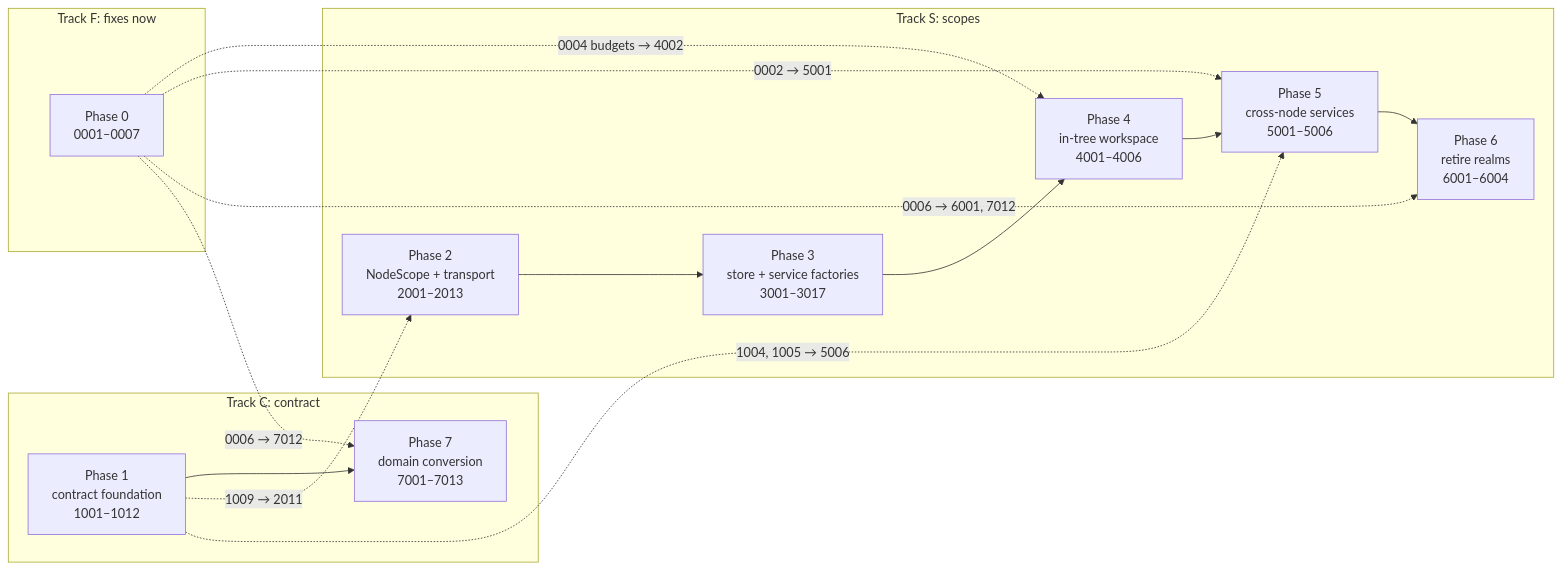
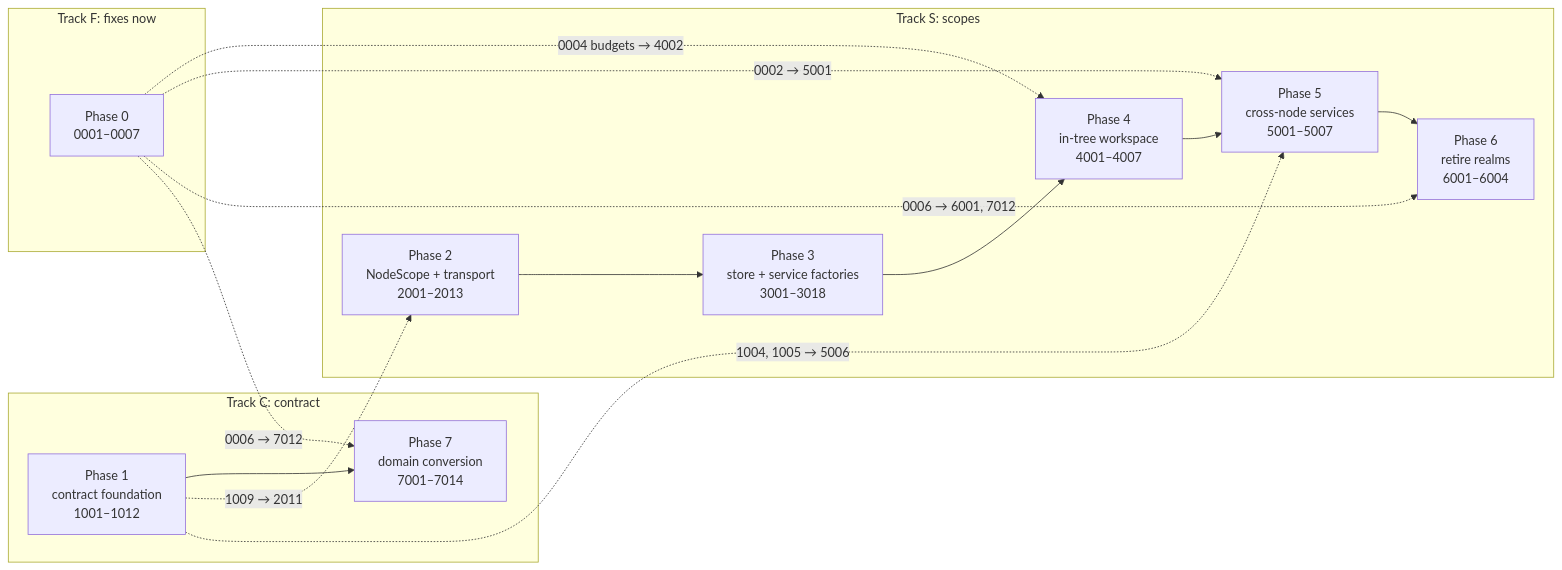
One commit to orkestrator-ai/orkestrator-v2 changed the first of 2 diagrams in plans/unified/0000-index.md. Above: the diagram before and after it, drawn with Mermaid. The commit also changed other lines of this file and 33 other files, not shown here.

````diff
--- a/plans/unified/0000-index.md
+++ b/plans/unified/0000-index.md
@@ -42,25 +42,25 @@
 ```mermaid
 flowchart LR
   subgraph F["Track F: fixes now"]
     P0["Phase 0<br/>0001–0007"]
   end
   subgraph C["Track C: contract"]
     P1["Phase 1<br/>contract foundation<br/>1001–1012"]
-    P7["Phase 7<br/>domain conversion<br/>7001–7013"]
+    P7["Phase 7<br/>domain conversion<br/>7001–7014"]
     P1 --> P7
   end
   subgraph S["Track S: scopes"]
     P2["Phase 2<br/>NodeScope + transport<br/>2001–2013"]
-    P3["Phase 3<br/>store + service factories<br/>3001–3017"]
-    P4["Phase 4<br/>in-tree workspace<br/>4001–4006"]
-    P5["Phase 5<br/>cross-node services<br/>5001–5006"]
+    P3["Phase 3<br/>store + service factories<br/>3001–3018"]
+    P4["Phase 4<br/>in-tree workspace<br/>4001–4007"]
+    P5["Phase 5<br/>cross-node services<br/>5001–5007"]
     P6["Phase 6<br/>retire realms<br/>6001–6004"]
     P2 --> P3 --> P4 --> P5 --> P6
   end
   P1 -. "1009 → 2011" .-> P2
   P1 -. "1004, 1005 → 5006" .-> P5
   P0 -. "0004 budgets → 4002" .-> P4
   P0 -. "0002 → 5001" .-> P5
   P0 -. "0006 → 6001, 7012" .-> P6
   P0 -. "0006 → 7012" .-> P7
 ```
````
